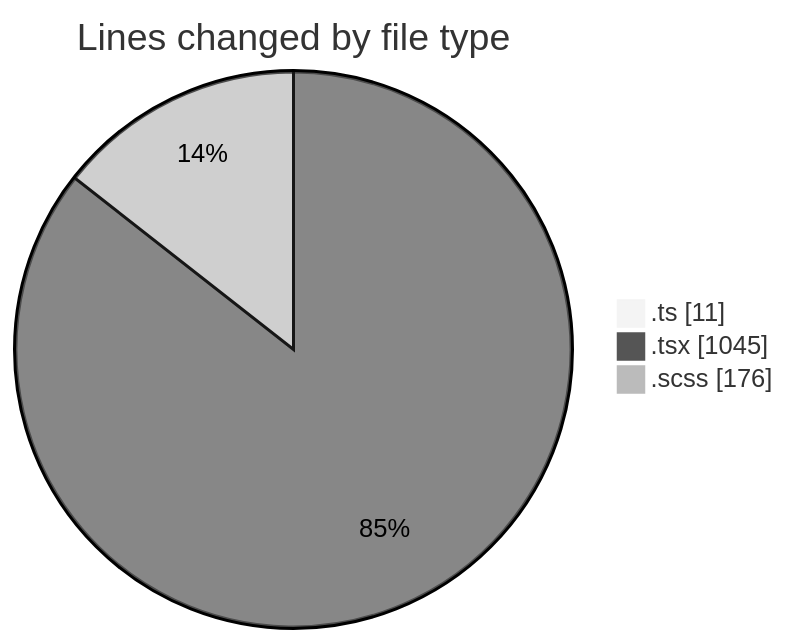
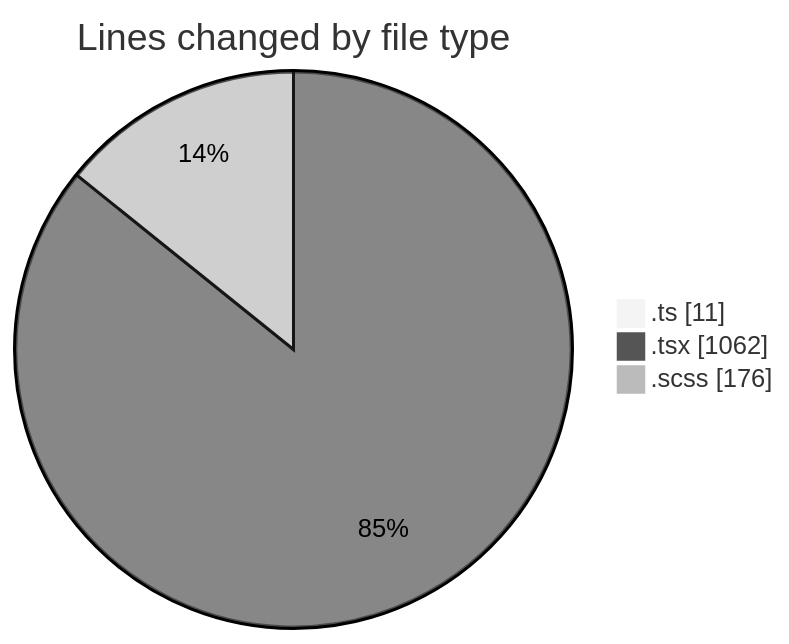
The first of 2 diagrams in 2025-03-21/cda/README.md (momahboobian/code-tracking), drawn with Mermaid (neutral theme) before and after one commit. The commit also changed other lines of this file and 1 other file, not shown here.

````diff
--- a/2025-03-21/cda/README.md
+++ b/2025-03-21/cda/README.md
@@ -28,7 +28,7 @@
 ```mermaid
 pie showData
 title Lines changed by file type
 ".ts" : 11
-".tsx" : 1045
+".tsx" : 1062
 ".scss" : 176
 ```
````
